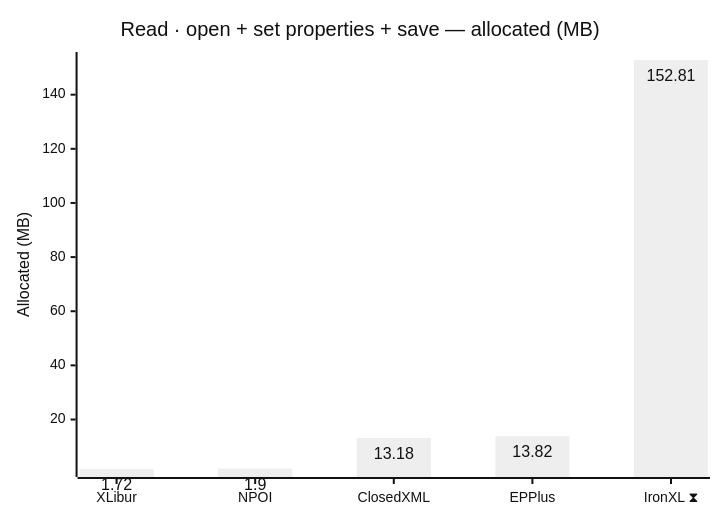
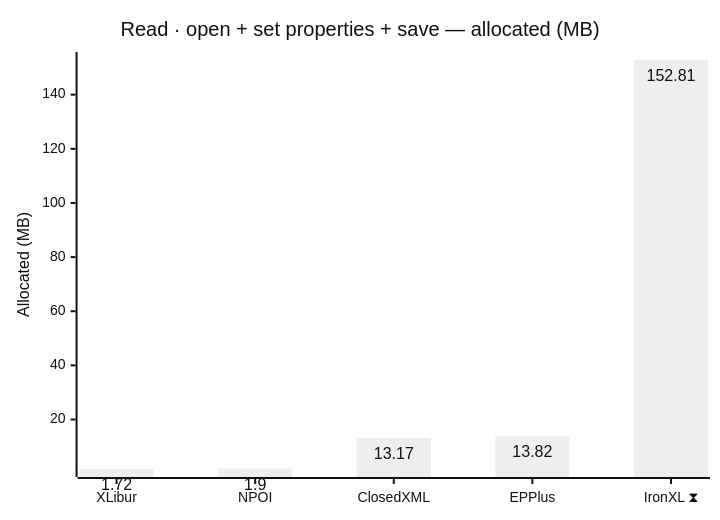
One commit to jafin/XLBench changed the second of 12 diagrams in docs/results-ci.md. Above: the diagram before and after it, drawn with Mermaid (neutral theme). The commit also changed other lines of this file, not shown here.

````diff
--- a/docs/results-ci.md
+++ b/docs/results-ci.md
@@ -54,12 +54,12 @@
 ```mermaid
 ---
 config:
   xyChart:
     showDataLabel: true
 ---
 xychart-beta
     title "Read · open + set properties + save — allocated (MB)"
     x-axis ["XLibur", "NPOI", "ClosedXML", "EPPlus", "IronXL ⧗"]
     y-axis "Allocated (MB)"
-    bar [1.72, 1.9, 13.18, 13.82, 152.81]
+    bar [1.72, 1.9, 13.17, 13.82, 152.81]
 ```
````
